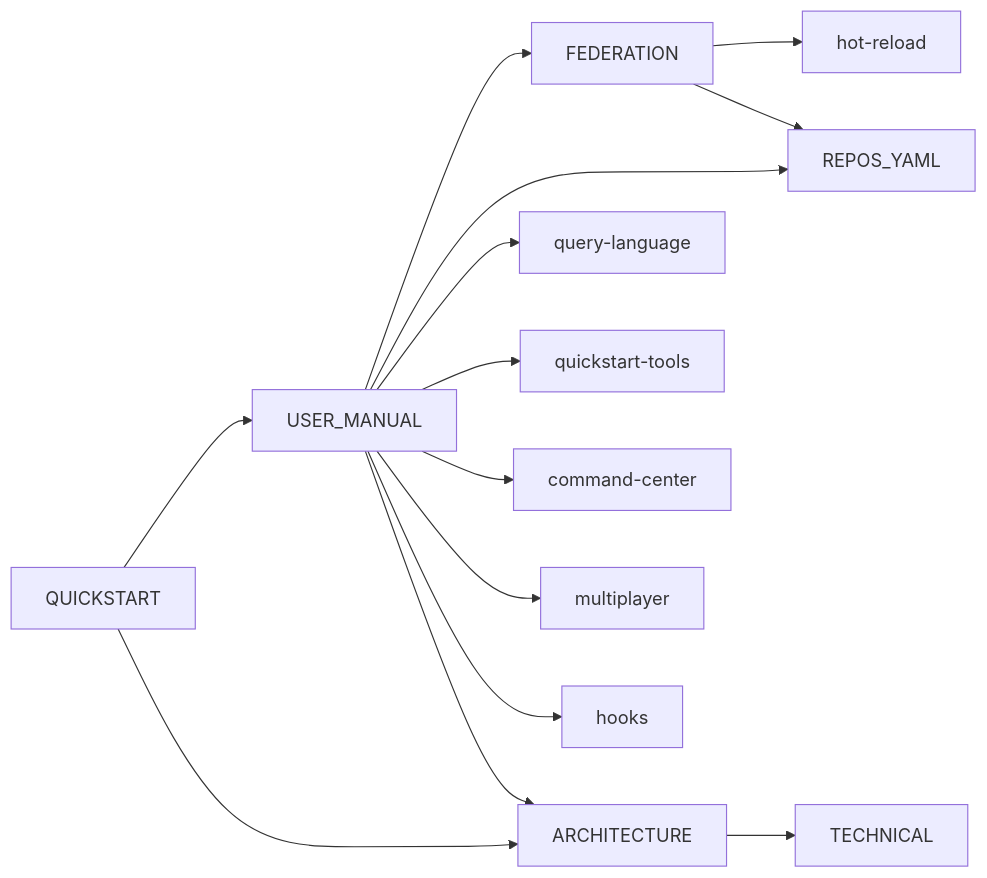
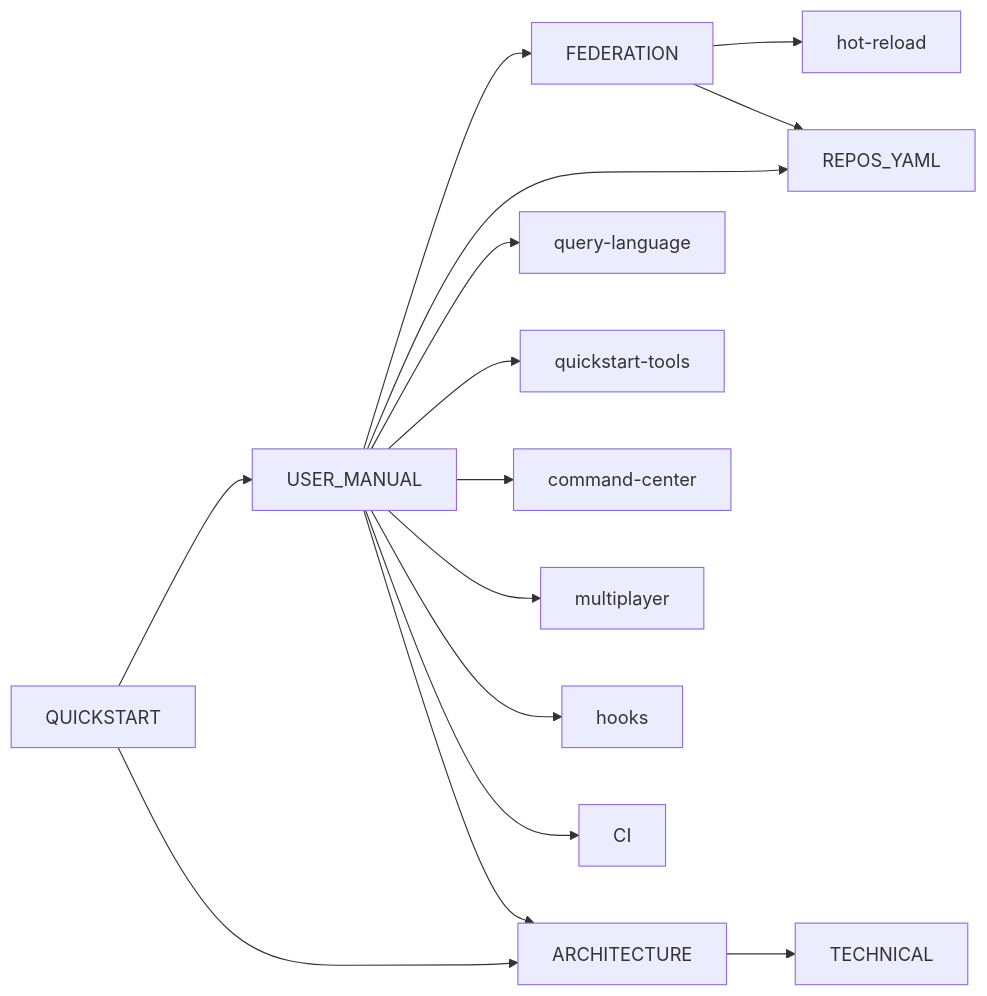
The diagram in docs/INDEX.md (spuentesp/lain), drawn with Mermaid before and after one commit. The commit also changed other lines of this file and 1 other file, not shown here.

Commit message:
docs(ci): note schema drift detection step (D-L2)

````diff
--- a/docs/INDEX.md
+++ b/docs/INDEX.md
@@ -18,16 +19,17 @@
 ```mermaid
 flowchart LR
     Q[QUICKSTART] --> U[USER_MANUAL]
     Q --> A[ARCHITECTURE]
     U --> A
     A --> T[TECHNICAL]
     U --> F[FEDERATION]
     U --> R[REPOS_YAML]
     U --> QL[query-language]
     U --> QT[quickstart-tools]
     U --> CC[command-center]
     F --> HR[hot-reload]
     F --> R
     U --> MP[multiplayer]
     U --> HK[hooks]
+    U --> CI[CI]
 ```
````
